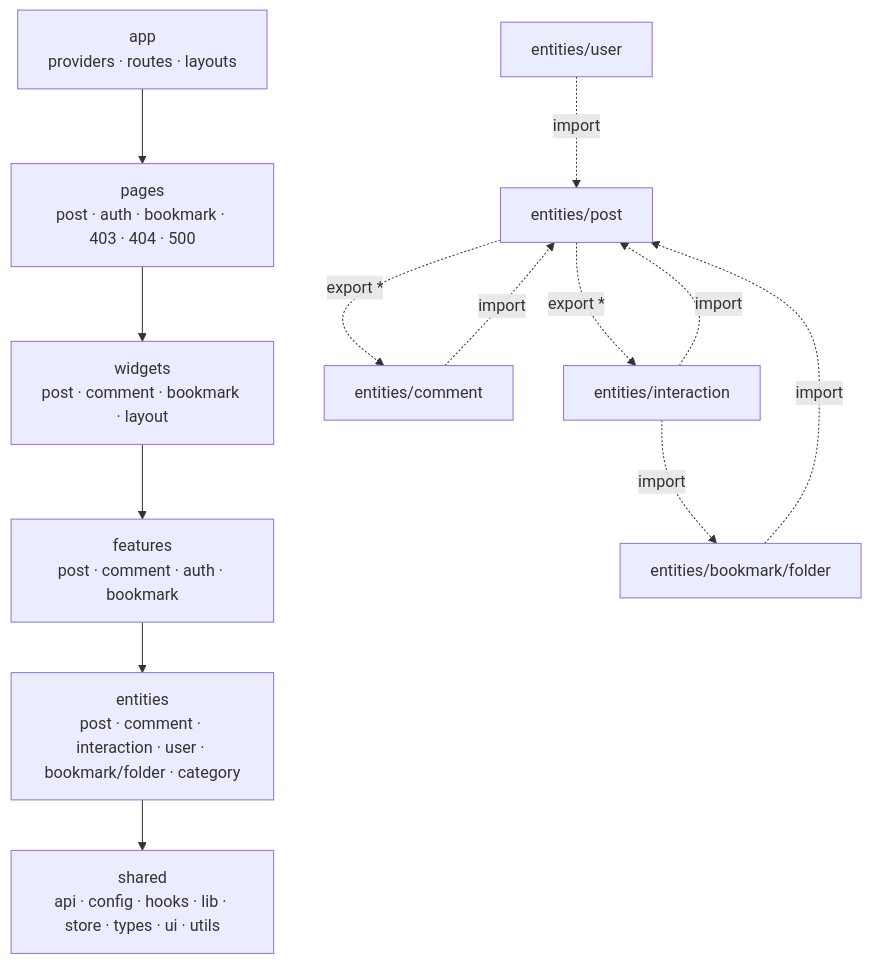
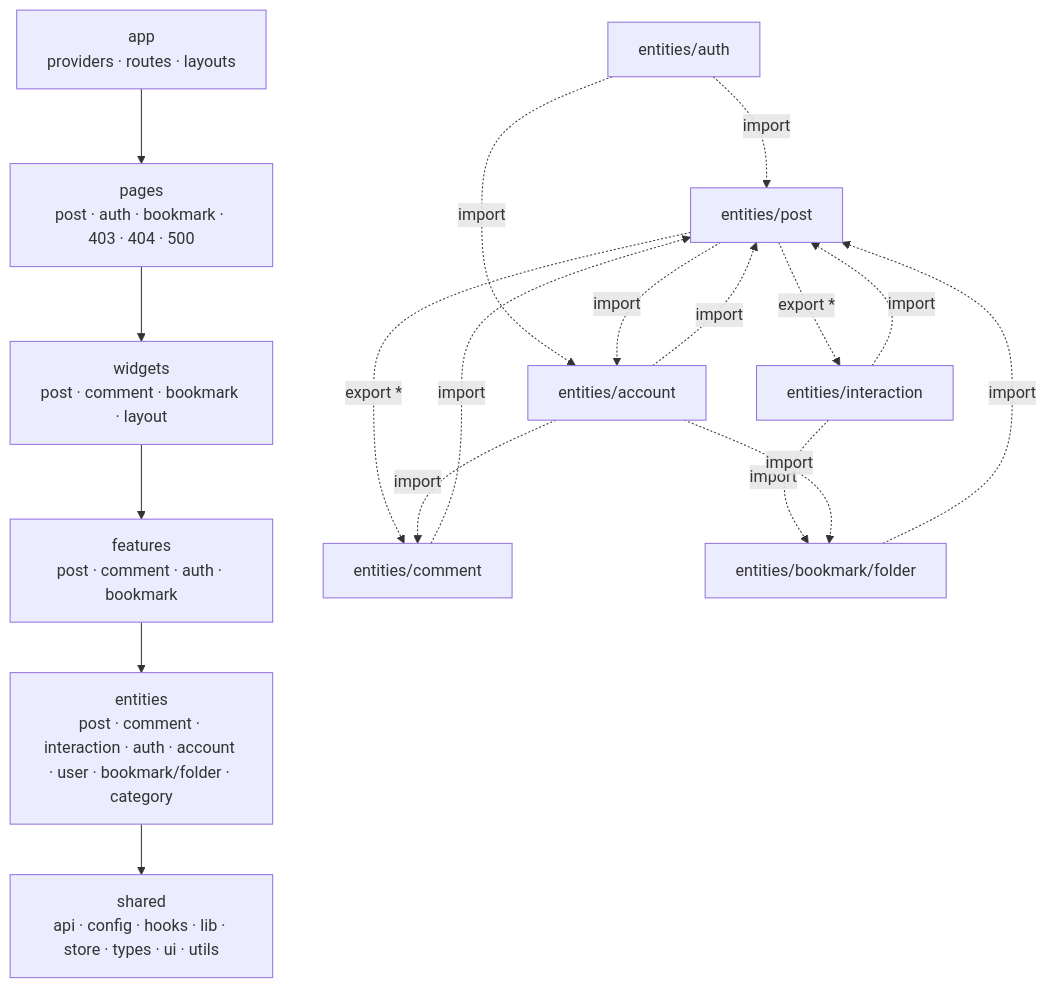
Before and after one commit to BAECHAN/link-sphere_FE_NEW: the diagram in docs/FE-ARCHITECTURE.md, drawn with Mermaid. The commit also changed other lines of this file and 4 other files, not shown here.

Commit message:
docs(auth): AUTH.md·MYPAGE.md·FE-ARCHITECTURE.md·DECISIONS.md를 분리 구조에 맞춰 갱신

````diff
--- a/docs/FE-ARCHITECTURE.md
+++ b/docs/FE-ARCHITECTURE.md
@@ -58,16 +58,21 @@
 ```mermaid
 flowchart TD
   App["app<br/>providers · routes · layouts"] --> Pages["pages<br/>post · auth · bookmark · 403 · 404 · 500"]
   Pages --> Widgets["widgets<br/>post · comment · bookmark · layout"]
   Widgets --> Features["features<br/>post · comment · auth · bookmark"]
-  Features --> Entities["entities<br/>post · comment · interaction · user · bookmark/folder · category"]
+  Features --> Entities["entities<br/>post · comment · interaction · auth · account · user · bookmark/folder · category"]
   Entities --> Shared["shared<br/>api · config · hooks · lib · store · types · ui · utils"]
 
   EPost["entities/post"] -.export *.-> EComment["entities/comment"]
   EPost -.export *.-> EInteraction["entities/interaction"]
   EFolder["entities/bookmark/folder"] -.import.-> EPost
   EComment -.import.-> EPost
   EInteraction -.import.-> EPost
   EInteraction -.import.-> EFolder
-  EUser["entities/user"] -.import.-> EPost
+  EAuth["entities/auth"] -.import.-> EPost
+  EAuth -.import.-> EAccount["entities/account"]
+  EAccount -.import.-> EPost
+  EAccount -.import.-> EComment
+  EAccount -.import.-> EFolder
+  EPost -.import.-> EAccount
 ```
````
